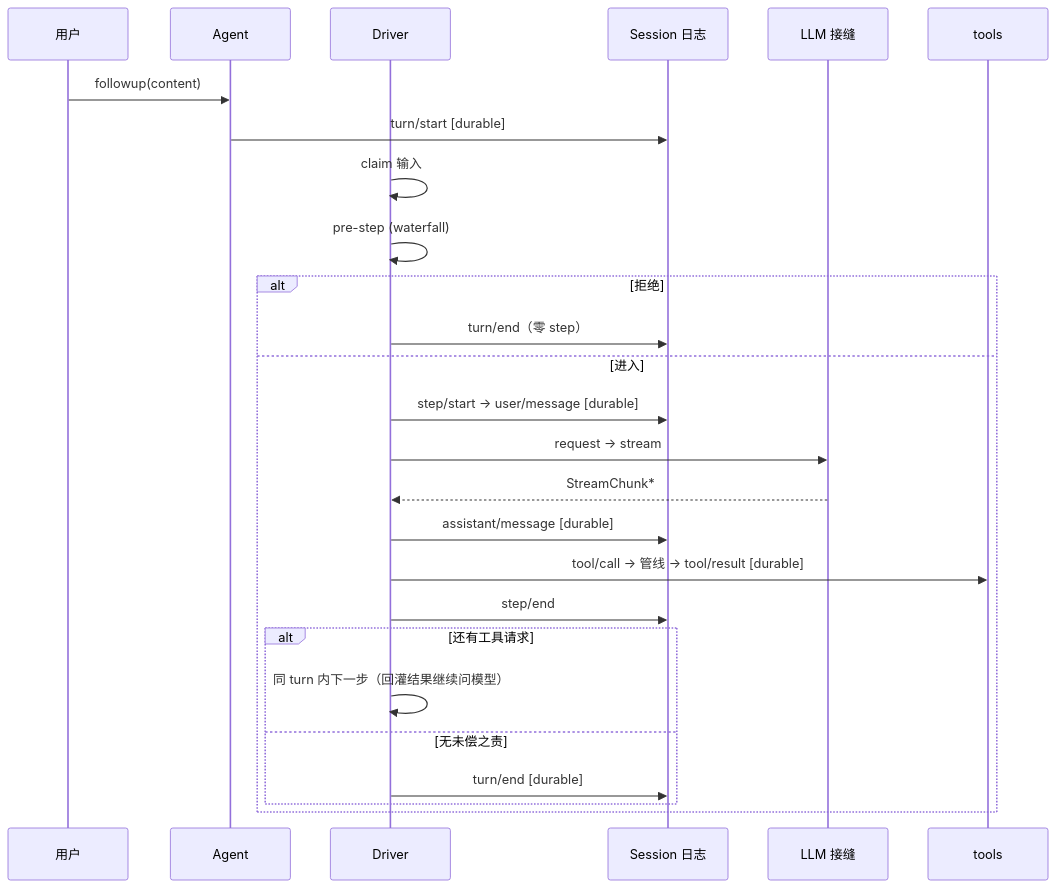
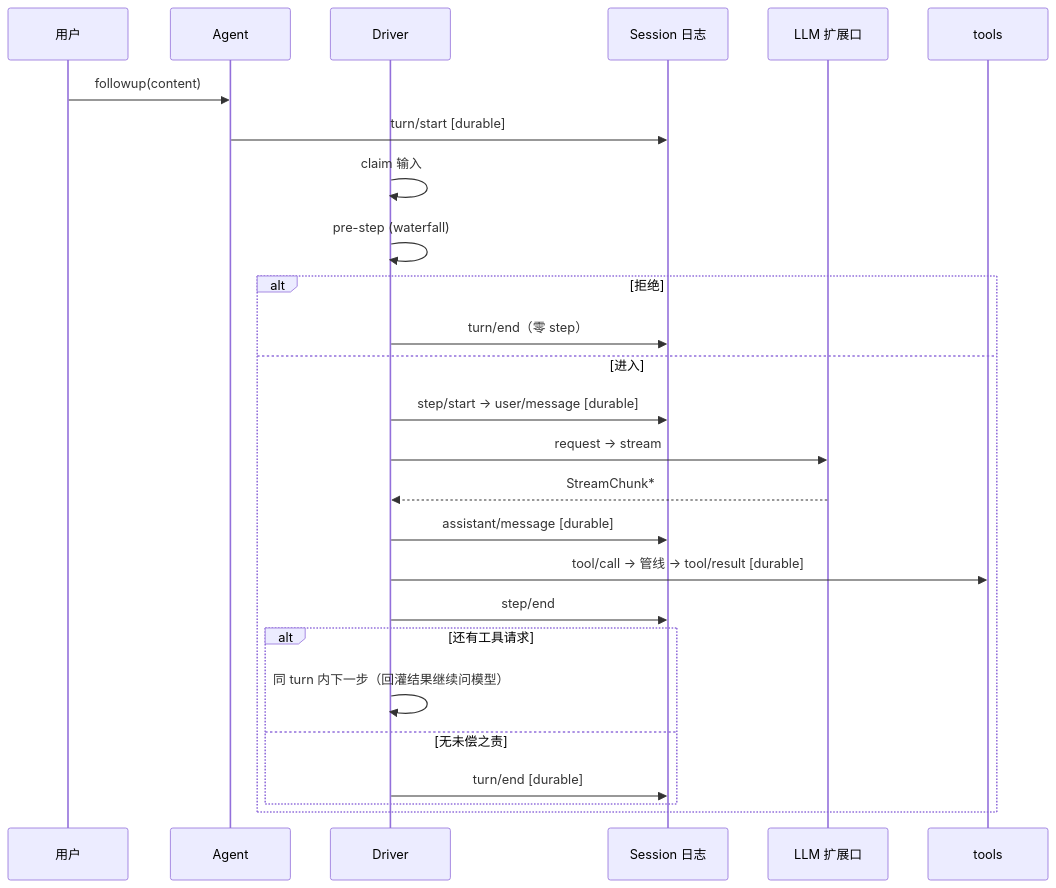
One commit to ZZKeepCurious/mini-deepseek-harness-python changed the diagram in docs/chapters/04-agent-loop-and-llm-streaming.md. Above: the diagram before and after it, drawn with Mermaid. The commit also changed other lines of this file and 11 other files, not shown here.

````diff
--- a/docs/chapters/04-agent-loop-and-llm-streaming.md
+++ b/docs/chapters/04-agent-loop-and-llm-streaming.md
@@ -18,28 +18,28 @@
 ```mermaid
 sequenceDiagram
   participant U as 用户
   participant A as Agent
   participant D as Driver
   participant S as Session 日志
-  participant L as LLM 接缝
+  participant L as LLM 扩展口
   participant T as tools
   U->>A: followup(content)
   A->>S: turn/start [durable]
   D->>D: claim 输入
   D->>D: pre-step (waterfall)
   alt 拒绝
     D->>S: turn/end（零 step）
   else 进入
     D->>S: step/start → user/message [durable]
     D->>L: request → stream
     L-->>D: StreamChunk*
     D->>S: assistant/message [durable]
     D->>T: tool/call → 管线 → tool/result [durable]
     D->>S: step/end
     alt 还有工具请求
       D->>D: 同 turn 内下一步（回灌结果继续问模型）
     else 无未偿之责
       D->>S: turn/end [durable]
     end
   end
 ```
````
